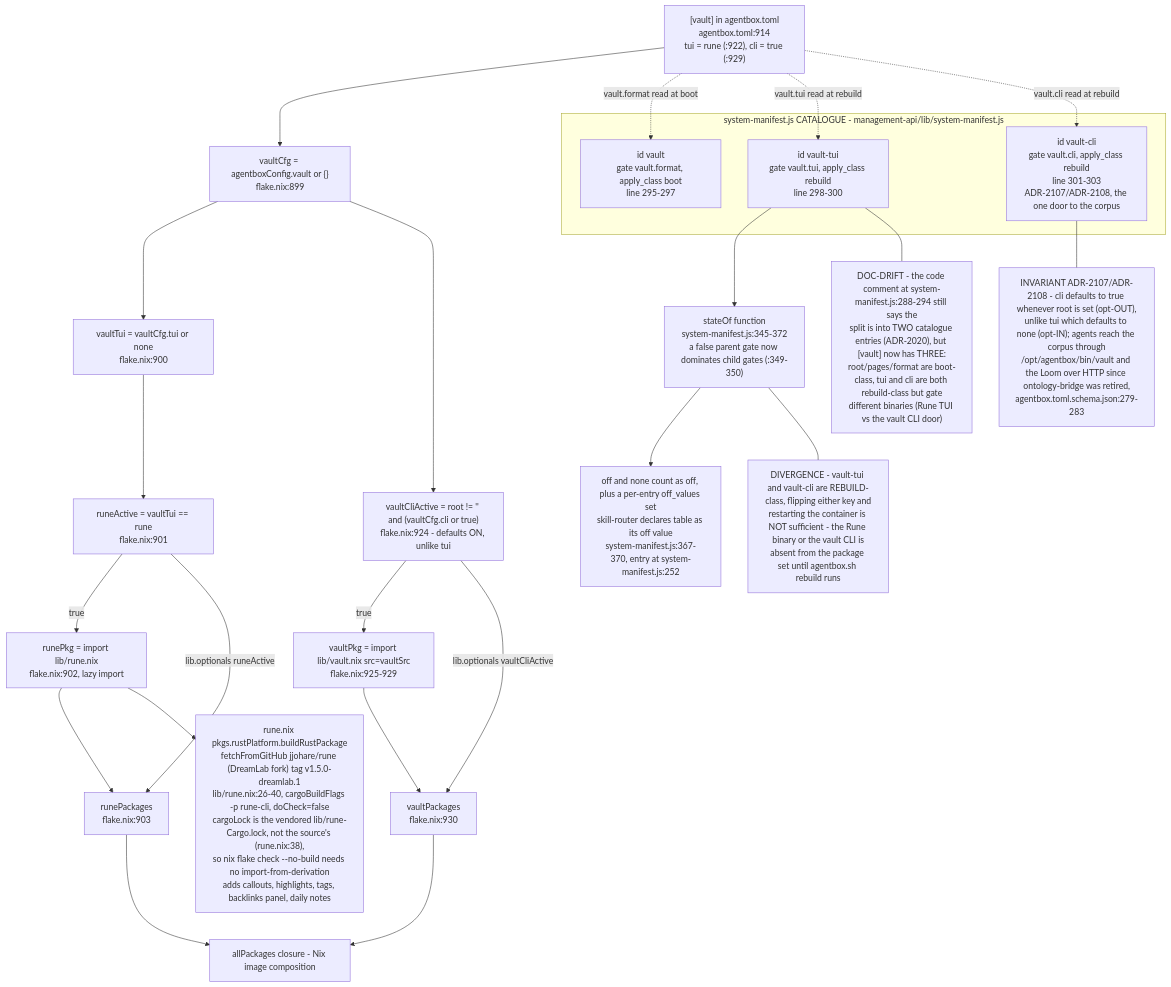
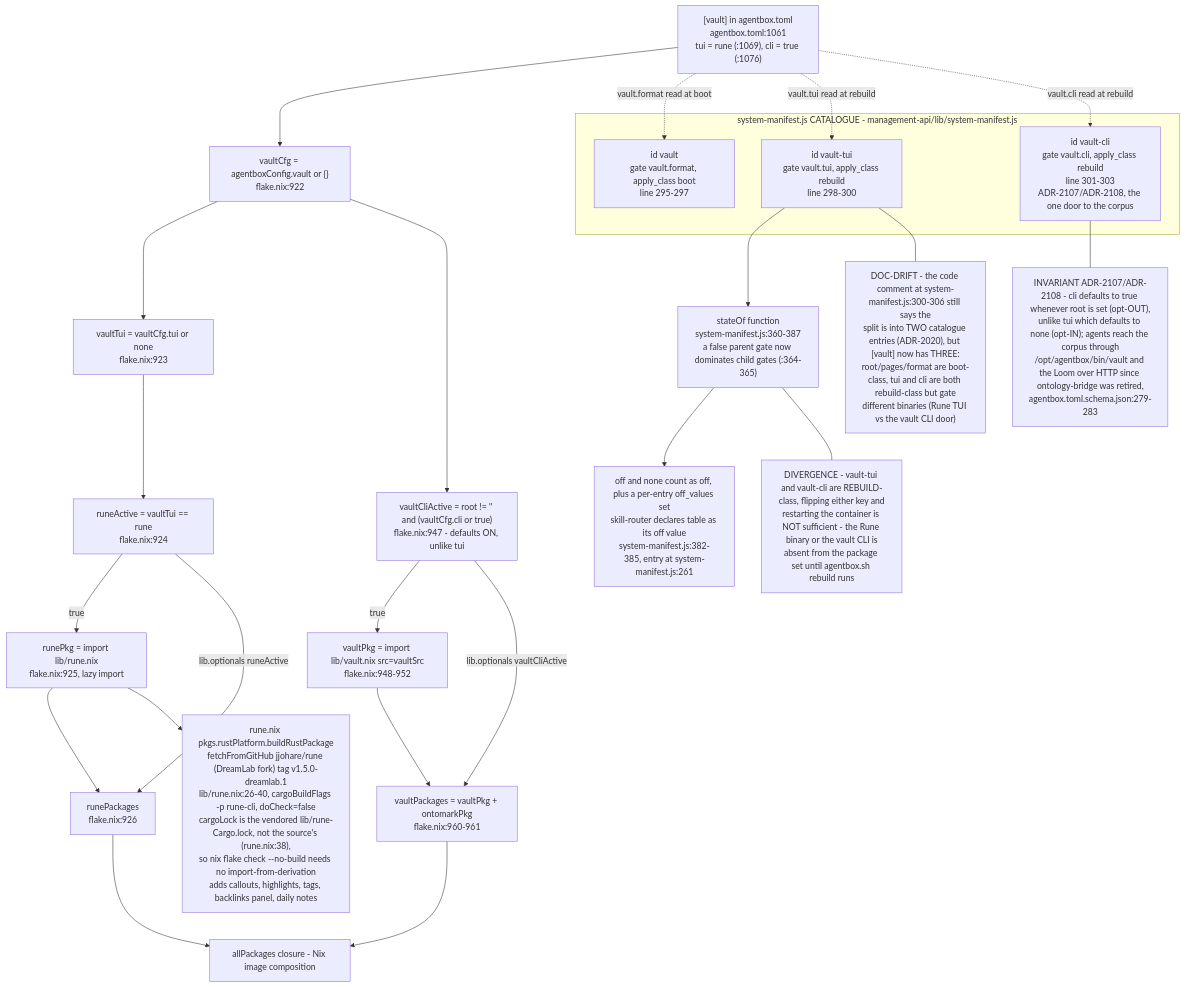
The ninth of 10 diagrams in docs/diagrams/agentbox/01-nix-flake-composition.md (DreamLab-AI/VisionFlow), drawn with Mermaid before and after one commit. The commit also changed other lines of this file and 80 other files, not shown here.

First line of the commit message:
docs(diagrams): re-verify the agentbox, dreamlab, estate and visionflow corpus against current sources

````diff
--- a/docs/diagrams/agentbox/01-nix-flake-composition.md
+++ b/docs/diagrams/agentbox/01-nix-flake-composition.md
@@ -396,44 +412,44 @@
 ```mermaid
 flowchart TB
-    TOMLVAULT["[vault] in agentbox.toml<br/>agentbox.toml:914<br/>tui = rune (:922), cli = true (:929)"] --> VAULTCFG["vaultCfg = agentboxConfig.vault or {}<br/>flake.nix:899"]
+    TOMLVAULT["[vault] in agentbox.toml<br/>agentbox.toml:1061<br/>tui = rune (:1069), cli = true (:1076)"] --> VAULTCFG["vaultCfg = agentboxConfig.vault or {}<br/>flake.nix:922"]
 
-    VAULTCFG --> TUIVAL["vaultTui = vaultCfg.tui or none<br/>flake.nix:900"]
-    TUIVAL --> RUNEACTIVE["runeActive = vaultTui == rune<br/>flake.nix:901"]
-    RUNEACTIVE -->|"true"| RUNEPKGIMPORT["runePkg = import lib/rune.nix<br/>flake.nix:902, lazy import"]
-    RUNEACTIVE -->|"lib.optionals runeActive"| RUNEPACKAGES["runePackages<br/>flake.nix:903"]
+    VAULTCFG --> TUIVAL["vaultTui = vaultCfg.tui or none<br/>flake.nix:923"]
+    TUIVAL --> RUNEACTIVE["runeActive = vaultTui == rune<br/>flake.nix:924"]
+    RUNEACTIVE -->|"true"| RUNEPKGIMPORT["runePkg = import lib/rune.nix<br/>flake.nix:925, lazy import"]
+    RUNEACTIVE -->|"lib.optionals runeActive"| RUNEPACKAGES["runePackages<br/>flake.nix:926"]
     RUNEPKGIMPORT --> RUNEPACKAGES
 
-    VAULTCFG --> CLIVAL["vaultCliActive = root != '' and (vaultCfg.cli or true)<br/>flake.nix:924 - defaults ON, unlike tui"]
-    CLIVAL -->|"true"| VAULTPKGIMPORT["vaultPkg = import lib/vault.nix src=vaultSrc<br/>flake.nix:925-929"]
-    CLIVAL -->|"lib.optionals vaultCliActive"| VAULTPACKAGES["vaultPackages<br/>flake.nix:930"]
+    VAULTCFG --> CLIVAL["vaultCliActive = root != '' and (vaultCfg.cli or true)<br/>flake.nix:947 - defaults ON, unlike tui"]
+    CLIVAL -->|"true"| VAULTPKGIMPORT["vaultPkg = import lib/vault.nix src=vaultSrc<br/>flake.nix:948-952"]
+    CLIVAL -->|"lib.optionals vaultCliActive"| VAULTPACKAGES["vaultPackages = vaultPkg + ontomarkPkg<br/>flake.nix:960-961"]
     VAULTPKGIMPORT --> VAULTPACKAGES
 
     RUNEPACKAGES --> ALLPKG["allPackages closure - Nix image composition"]
     VAULTPACKAGES --> ALLPKG
 
     RUNEBUILD["rune.nix pkgs.rustPlatform.buildRustPackage<br/>fetchFromGitHub jjohare/rune (DreamLab fork) tag v1.5.0-dreamlab.1<br/>lib/rune.nix:26-40, cargoBuildFlags -p rune-cli, doCheck=false<br/>cargoLock is the vendored lib/rune-Cargo.lock, not the source's (rune.nix:38),<br/>so nix flake check --no-build needs no import-from-derivation<br/>adds callouts, highlights, tags, backlinks panel, daily notes"]
     RUNEPKGIMPORT --> RUNEBUILD
 
     subgraph MANIFEST["system-manifest.js CATALOGUE - management-api/lib/system-manifest.js"]
         VAULTENTRY["id vault<br/>gate vault.format, apply_class boot<br/>line 295-297"]
         VAULTTUIENTRY["id vault-tui<br/>gate vault.tui, apply_class rebuild<br/>line 298-300"]
         VAULTCLIENTRY["id vault-cli<br/>gate vault.cli, apply_class rebuild<br/>line 301-303<br/>ADR-2107/ADR-2108, the one door to the corpus"]
     end
 
     TOMLVAULT -.->|"vault.format read at boot"| VAULTENTRY
     TOMLVAULT -.->|"vault.tui read at rebuild"| VAULTTUIENTRY
     TOMLVAULT -.->|"vault.cli read at rebuild"| VAULTCLIENTRY
 
-    STATEOF["stateOf function<br/>system-manifest.js:345-372<br/>a false parent gate now dominates child gates (:349-350)"]
+    STATEOF["stateOf function<br/>system-manifest.js:360-387<br/>a false parent gate now dominates child gates (:364-365)"]
     VAULTTUIENTRY --> STATEOF
-    STATEOF --> MODESTRING["off and none count as off, plus a per-entry off_values set<br/>skill-router declares table as its off value<br/>system-manifest.js:367-370, entry at system-manifest.js:252"]
+    STATEOF --> MODESTRING["off and none count as off, plus a per-entry off_values set<br/>skill-router declares table as its off value<br/>system-manifest.js:382-385, entry at system-manifest.js:261"]
 
-    NOTE1["DOC-DRIFT - the code comment at system-manifest.js:288-294 still says the<br/>split is into TWO catalogue entries (ADR-2020), but [vault] now has THREE:<br/>root/pages/format are boot-class, tui and cli are both rebuild-class but gate<br/>different binaries (Rune TUI vs the vault CLI door)"]
+    NOTE1["DOC-DRIFT - the code comment at system-manifest.js:300-306 still says the<br/>split is into TWO catalogue entries (ADR-2020), but [vault] now has THREE:<br/>root/pages/format are boot-class, tui and cli are both rebuild-class but gate<br/>different binaries (Rune TUI vs the vault CLI door)"]
     VAULTTUIENTRY --- NOTE1
 
     NOTE2["DIVERGENCE - vault-tui and vault-cli are REBUILD-class, flipping either key and<br/>restarting the container is NOT sufficient - the Rune binary or the vault CLI is<br/>absent from the package set until agentbox.sh rebuild runs"]
     STATEOF --- NOTE2
 
     NOTE3["INVARIANT ADR-2107/ADR-2108 - cli defaults to true whenever root is set (opt-OUT),<br/>unlike tui which defaults to none (opt-IN); agents reach the corpus through<br/>/opt/agentbox/bin/vault and the Loom over HTTP since ontology-bridge was retired,<br/>agentbox.toml.schema.json:279-283"]
     VAULTCLIENTRY --- NOTE3
 ```
````
